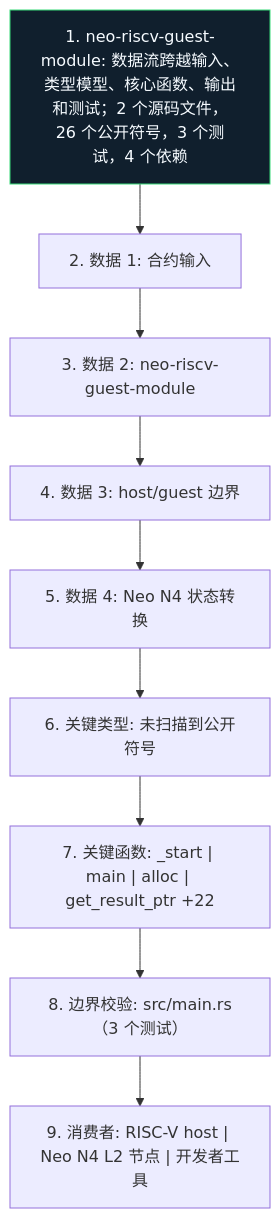
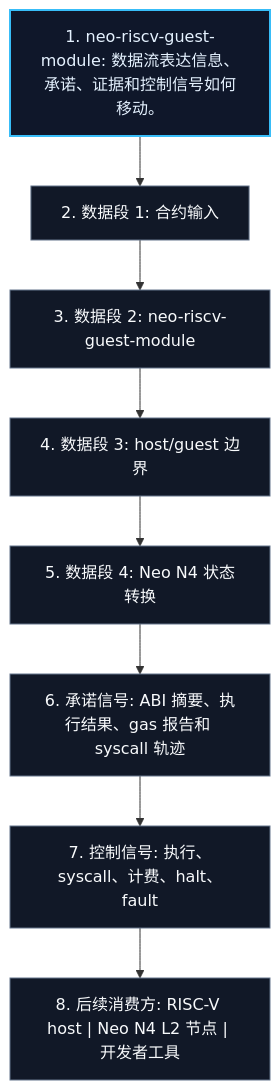
The diagram in crates/neo-riscv-guest-module/docs/figures/dataflow.zh.mmd (r3e-network/neo-riscv-vm), drawn with Mermaid before and after one commit. The commit also changed 831 other files, not shown here.

Commit message:
Replace crate diagrams with technical views

```diff
--- a/crates/neo-riscv-guest-module/docs/figures/dataflow.zh.mmd
+++ b/crates/neo-riscv-guest-module/docs/figures/dataflow.zh.mmd
@@ -1,20 +1,20 @@
 flowchart TB
-    N1["1. neo-riscv-guest-module: 数据流跨越输入、类型模型、核心函数、输出和测试；2 个源码文件，26 个公开符号，3 个测试，4 个依赖"]
-    N2["2. 数据 1: 合约输入"]
-    N3["3. 数据 2: neo-riscv-guest-module"]
-    N4["4. 数据 3: host/guest 边界"]
-    N5["5. 数据 4: Neo N4 状态转换"]
-    N6["6. 关键类型: 未扫描到公开符号"]
-    N7["7. 关键函数: _start | main | alloc | get_result_ptr +22"]
-    N8["8. 边界校验: src/main.rs（3 个测试）"]
-    N9["9. 消费者: RISC-V host | Neo N4 L2 节点 | 开发者工具"]
+    N1["1. neo-riscv-guest-module: 数据流表达信息、承诺、证据和控制信号如何移动。"]
+    N2["2. 数据段 1: 合约输入"]
+    N3["3. 数据段 2: neo-riscv-guest-module"]
+    N4["4. 数据段 3: host/guest 边界"]
+    N5["5. 数据段 4: Neo N4 状态转换"]
+    N6["6. 承诺信号: ABI 摘要、执行结果、gas 报告和 syscall 轨迹"]
+    N7["7. 控制信号: 执行、syscall、计费、halt、fault"]
+    N8["8. 后续消费方: RISC-V host | Neo N4 L2 节点 | 开发者工具"]
     N1 --> N2
     N2 --> N3
     N3 --> N4
     N4 --> N5
     N5 --> N6
     N6 --> N7
     N7 --> N8
-    N8 --> N9
-    classDef crate fill:#101f2d,stroke:#38d978,color:#f6fbff
-    class N1 crate
+    classDef core fill:#0f172a,stroke:#38bdf8,color:#e5f2ff,stroke-width:2px;
+    classDef support fill:#111827,stroke:#64748b,color:#f8fafc;
+    class N1 core;
+    class N2,N3,N4,N5,N6,N7,N8 support;
```
